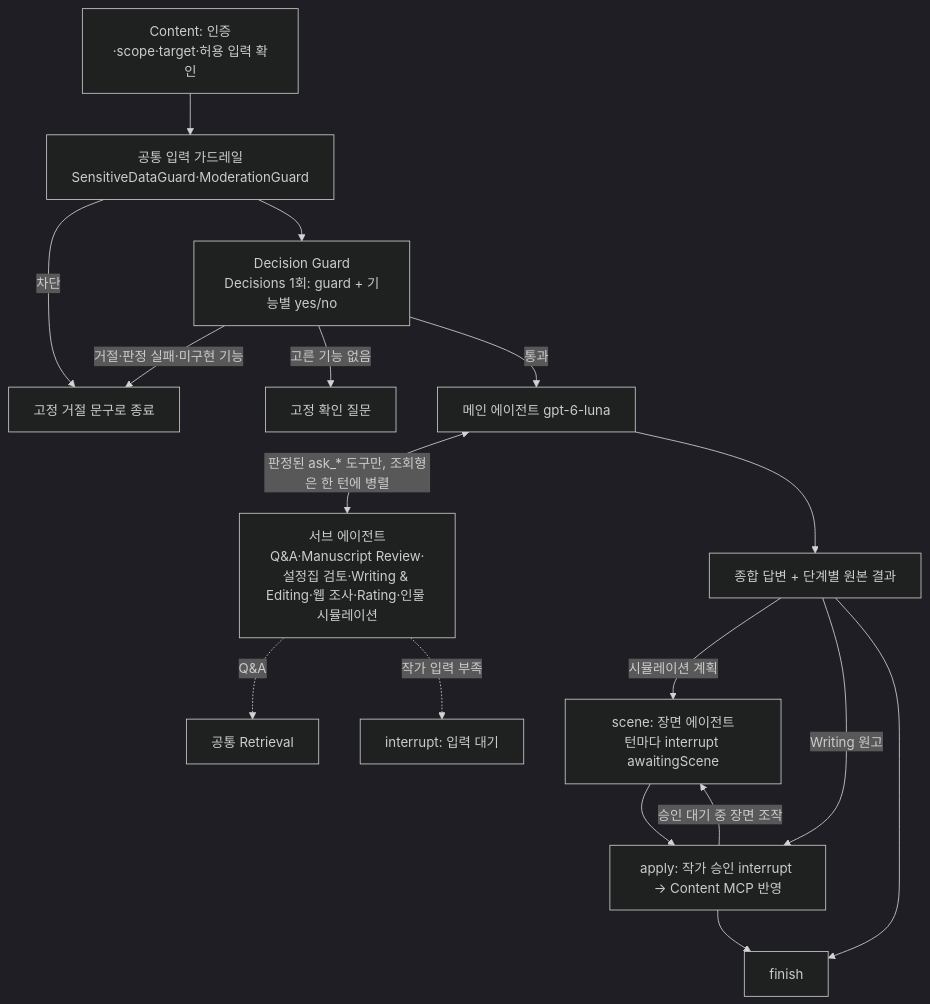
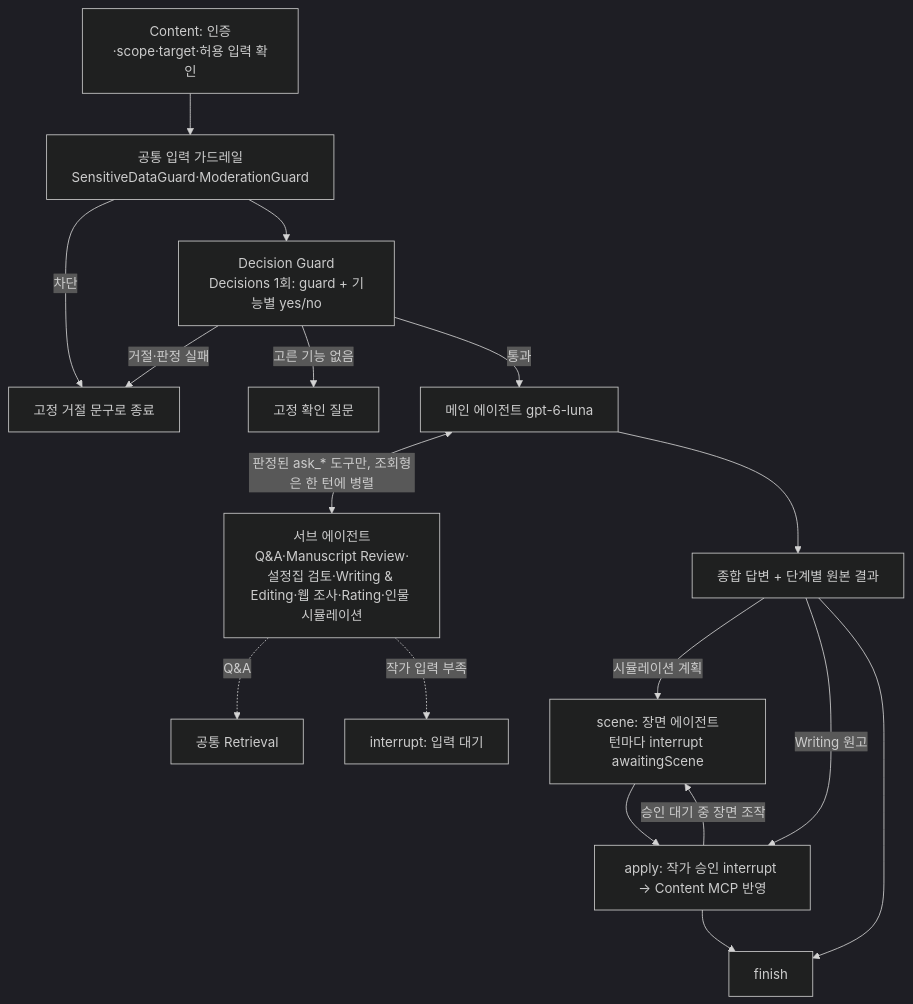
The second of 2 diagrams in docs/writing-ai-architecture/02-ai-architecture.md (SKNETWORKS-FAMILY-AICAMP/SKN34-FINAL-4TEAM), drawn with Mermaid (dark theme) before and after one commit. The commit also changed other lines of this file and 73 other files, not shown here.

```diff
--- a/docs/writing-ai-architecture/02-ai-architecture.md
+++ b/docs/writing-ai-architecture/02-ai-architecture.md
@@ -55,19 +55,19 @@
 ~~~mermaid
 flowchart TD
   C[Content: 인증·scope·target·허용 입력 확인] --> G0[공통 입력 가드레일<br/>SensitiveDataGuard·ModerationGuard]
   G0 -->|차단| R[고정 거절 문구로 종료]
   G0 --> G1[Decision Guard<br/>Decisions 1회: guard + 기능별 yes/no]
-  G1 -->|거절·판정 실패·미구현 기능| R
+  G1 -->|거절·판정 실패| R
   G1 -->|고른 기능 없음| Q[고정 확인 질문]
   G1 -->|통과| M[메인 에이전트 gpt-6-luna]
   M <-->|판정된 ask_* 도구만, 조회형은 한 턴에 병렬| S[서브 에이전트<br/>Q&A·Manuscript Review·설정집 검토·Writing & Editing·웹 조사·Rating·인물 시뮬레이션]
   S -.->|Q&A| RT[공통 Retrieval]
   S -.->|작가 입력 부족| W[interrupt: 입력 대기]
   M --> F[종합 답변 + 단계별 원본 결과]
   F -->|시뮬레이션 계획| SC[scene: 장면 에이전트<br/>턴마다 interrupt awaitingScene]
   SC --> A
   F -->|Writing 원고| A[apply: 작가 승인 interrupt → Content MCP 반영]
   A -->|승인 대기 중 장면 조작| SC
   F --> E[finish]
   A --> E
 ~~~
```
